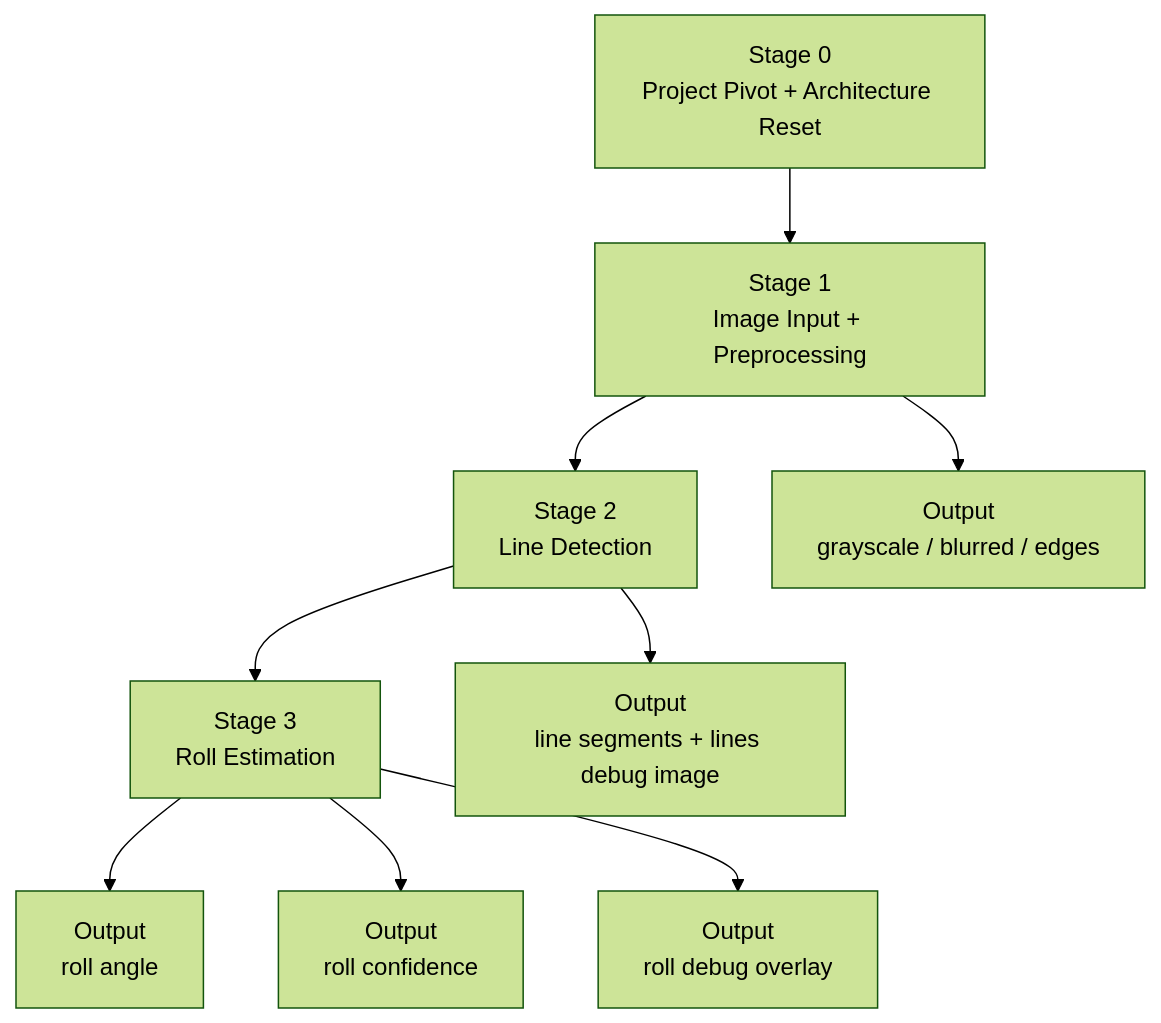
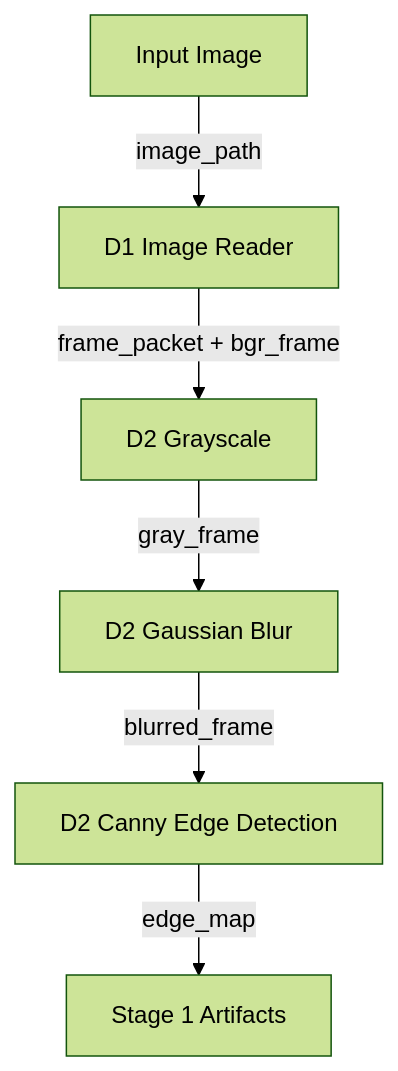
One commit to Rt209/camera-angle changed the first of 3 diagrams in breakdown/01_Geometry_Based_Pose/04_Implementation/stage_0_3_foundation_and_roll.md. Above: the diagram before and after it, drawn with Mermaid (forest theme). The commit also changed other lines of this file and 8 other files, not shown here.

````diff
--- a/breakdown/01_Geometry_Based_Pose/04_Implementation/stage_0_3_foundation_and_roll.md
+++ b/breakdown/01_Geometry_Based_Pose/04_Implementation/stage_0_3_foundation_and_roll.md
@@ -48,12 +39,8 @@
 ```mermaid
 flowchart TD
-    A[Stage 0<br/>Project Pivot + Architecture Reset] --> B[Stage 1<br/>Image Input + Preprocessing]
-    B --> C[Stage 2<br/>Line Detection]
-    C --> D[Stage 3<br/>Roll Estimation]
-
-    B --> B1[Output<br/>grayscale / blurred / edges]
-    C --> C1[Output<br/>line segments + lines debug image]
-    D --> D1[Output<br/>roll angle]
-    D --> D2[Output<br/>roll confidence]
-    D --> D3[Output<br/>roll debug overlay]
+    A[Input Image] -->|image_path| B[D1 Image Reader]
+    B -->|frame_packet + bgr_frame| C[D2 Grayscale]
+    C -->|gray_frame| D[D2 Gaussian Blur]
+    D -->|blurred_frame| E[D2 Canny Edge Detection]
+    E -->|edge_map| F[Stage 1 Artifacts]
 ```
````
